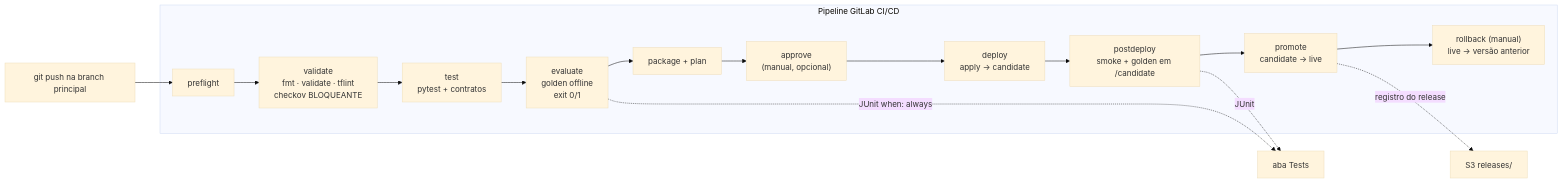
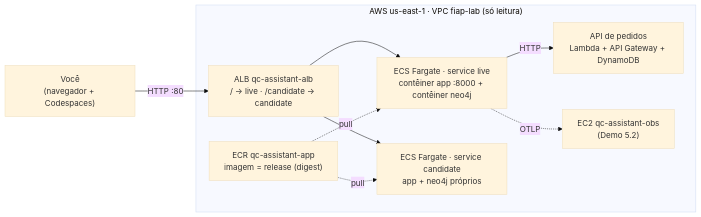
Before and after one commit to DiegoRicco/FIAP-AI-Devops-CICD: the diagram in 04-GenAIOps/01-Release-RAG-Quality-Gates/README.md, drawn with Mermaid (base theme). The commit also changed other lines of this file and 5 other files, not shown here.

First line of the commit message:
docs(genaiops): Demos 5.1 e 5.2 na AWS com projeto GitLab proprio

````diff
--- a/04-GenAIOps/01-Release-RAG-Quality-Gates/README.md
+++ b/04-GenAIOps/01-Release-RAG-Quality-Gates/README.md
@@ -80,18 +101,12 @@
 ```mermaid
 flowchart LR
-    push[git push na branch principal] --> preflight
-    subgraph pipeline [Pipeline GitLab CI/CD]
-        preflight --> validate["validate<br/>fmt · validate · tflint<br/>checkov BLOQUEANTE"]
-        validate --> test["test<br/>pytest + contratos"]
-        test --> evaluate["evaluate<br/>golden offline<br/>exit 0/1"]
-        evaluate --> package["package + plan"]
-        package --> approve["approve<br/>(manual, opcional)"]
-        approve --> deploy["deploy<br/>apply → candidate"]
-        deploy --> postdeploy["postdeploy<br/>smoke + golden em /candidate"]
-        postdeploy --> promote["promote<br/>candidate → live"]
-        promote --> rollback["rollback (manual)<br/>live → versão anterior"]
+    aluno["Você<br/>(navegador + Codespaces)"] -->|HTTP :80| alb["ALB qc-assistant-alb<br/>/ → live · /candidate → candidate"]
+    subgraph aws ["AWS us-east-1 · VPC fiap-lab (só leitura)"]
+        alb --> live["ECS Fargate · service live<br/>contêiner app :8000 + contêiner neo4j"]
+        alb --> cand["ECS Fargate · service candidate<br/>app + neo4j próprios"]
+        live -->|HTTP| orders["API de pedidos<br/>Lambda + API Gateway + DynamoDB"]
+        live -. OTLP .-> obs["EC2 qc-assistant-obs<br/>(Demo 5.2)"]
+        ecr["ECR qc-assistant-app<br/>imagem = release (digest)"] -.->|pull| live
+        ecr -.->|pull| cand
     end
-    evaluate -. JUnit when: always .-> report[aba Tests]
-    postdeploy -. JUnit .-> report
-    promote -. registro do release .-> s3[S3 releases/]
 ```
````
